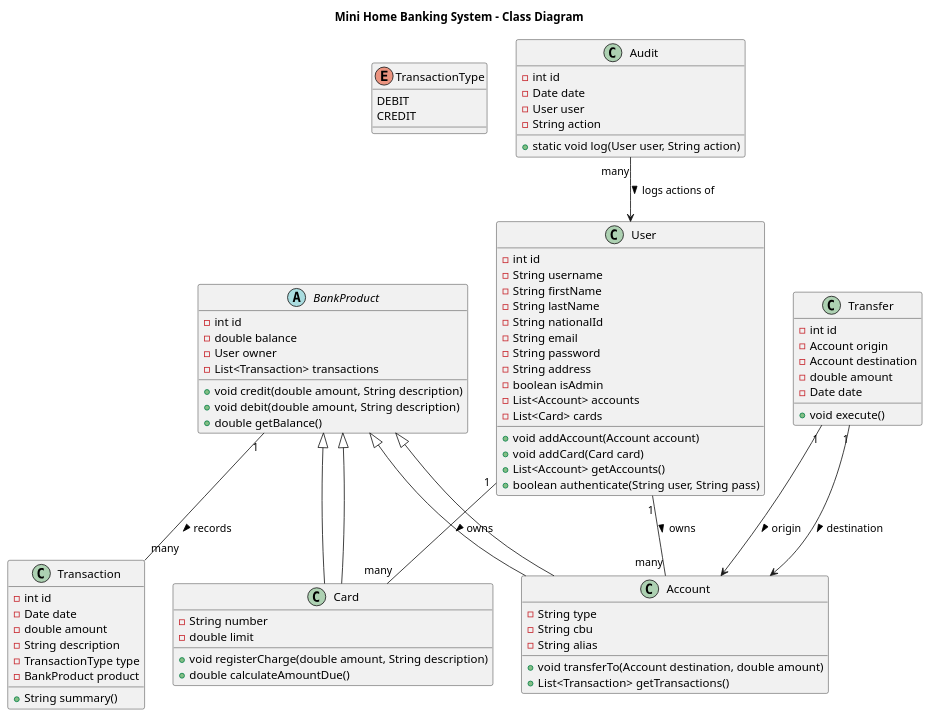
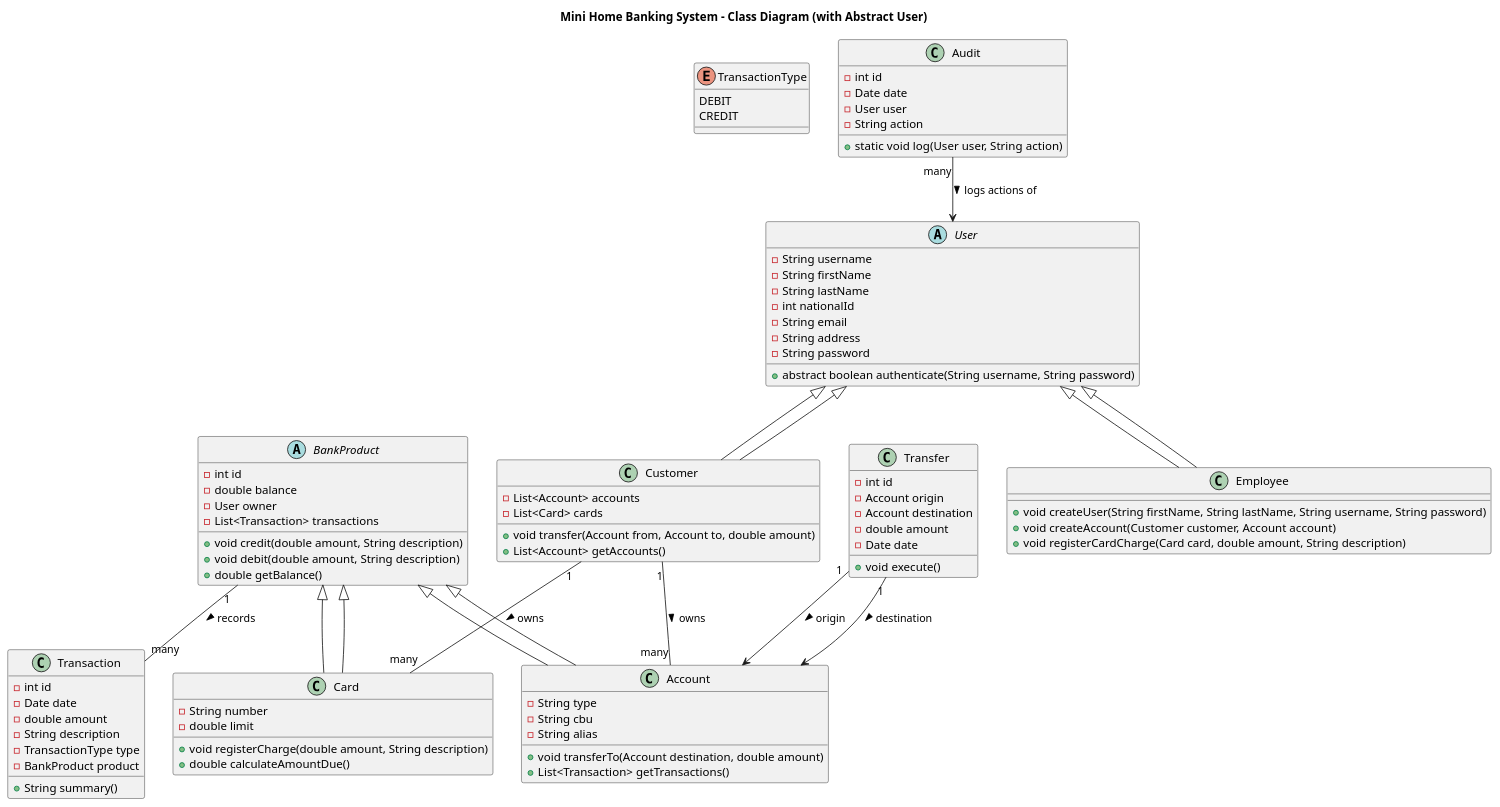
One commit to hernansaa/tp-labo1-mini-home-banking changed the diagram in MiniHomeBanking.puml. Above: the diagram before and after it, drawn with PlantUML. The commit also changed other lines of this file, not shown here.

```diff
--- a/MiniHomeBanking.puml
+++ b/MiniHomeBanking.puml
@@ -1,108 +1,120 @@
 @startuml
-title Mini Home Banking System - Class Diagram
+title Mini Home Banking System - Class Diagram (with Abstract User)
 
 ' =====================
 ' ENUMERATIONS
 ' =====================
 enum TransactionType {
   DEBIT
   CREDIT
 }
 
 ' =====================
-' ABSTRACT CLASS
+' ABSTRACT CLASSES
 ' =====================
+abstract class User {
+  - String username
+  - String firstName
+  - String lastName
+  - int nationalId
+  - String email
+  - String address
+  - String password
+  
+  + abstract boolean authenticate(String username, String password)
+}
+
 abstract class BankProduct {
   - int id
   - double balance
   - User owner
   - List<Transaction> transactions
 
   + void credit(double amount, String description)
   + void debit(double amount, String description)
   + double getBalance()
 }
 
 ' =====================
 ' CLASSES
 ' =====================
-
-class User {
-  - int id
-  - String username
-  - String firstName
-  - String lastName
-  - String nationalId
-  - String email
-  - String password
-  - String address
-  - boolean isAdmin
+class Customer extends User {
   - List<Account> accounts
   - List<Card> cards
 
-  + void addAccount(Account account)
-  + void addCard(Card card)
+  + void transfer(Account from, Account to, double amount)
   + List<Account> getAccounts()
-  + boolean authenticate(String user, String pass)
+}
+
+class Employee extends User {
+  + void createUser(String firstName, String lastName, String username, String password)
+  + void createAccount(Customer customer, Account account)
+  + void registerCardCharge(Card card, double amount, String description)
 }
 
 class Account extends BankProduct {
   - String type
   - String cbu
   - String alias
 
   + void transferTo(Account destination, double amount)
   + List<Transaction> getTransactions()
 }
 
 class Card extends BankProduct {
   - String number
   - double limit
 
   + void registerCharge(double amount, String description)
   + double calculateAmountDue()
 }
 
 class Transaction {
   - int id
   - Date date
   - double amount
   - String description
   - TransactionType type
   - BankProduct product
 
   + String summary()
 }
 
 class Transfer {
   - int id
   - Account origin
   - Account destination
   - double amount
   - Date date
 
   + void execute()
 }
 
 class Audit {
   - int id
   - Date date
   - User user
   - String action
 
   + static void log(User user, String action)
 }
 
 ' =====================
 ' RELATIONSHIPS
 ' =====================
-User "1" -- "many" Account : owns >
-User "1" -- "many" Card : owns >
+User <|-- Customer
+User <|-- Employee
+
 BankProduct <|-- Account
 BankProduct <|-- Card
+
+Customer "1" -- "many" Account : owns >
+Customer "1" -- "many" Card : owns >
 BankProduct "1" -- "many" Transaction : records >
+
 Transfer "1" --> Account : origin >
 Transfer "1" --> Account : destination >
+
 Audit "many" --> User : logs actions of >
 
 @enduml
```
